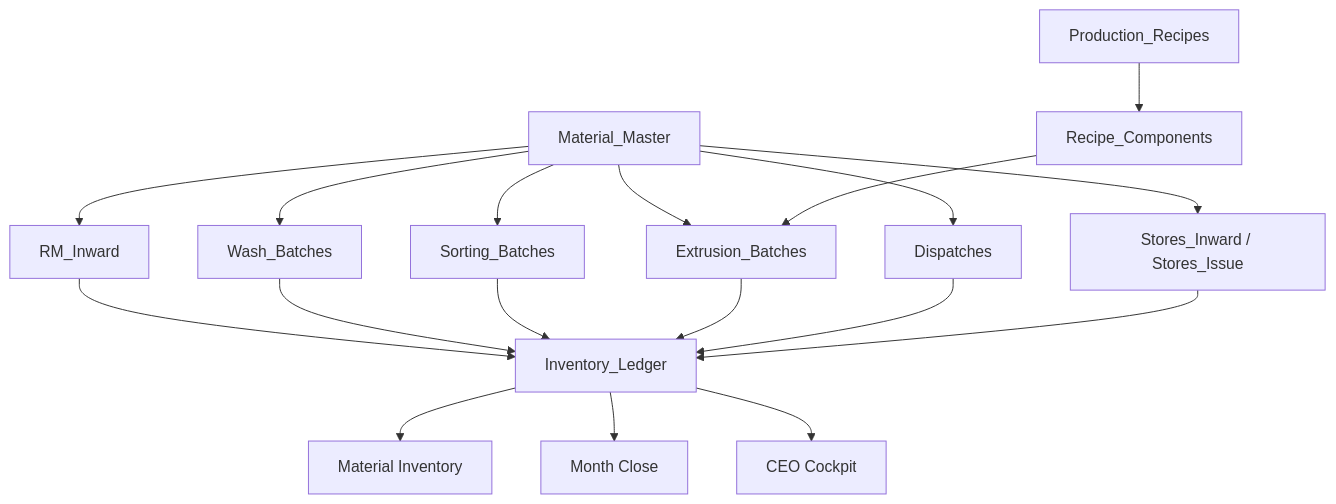
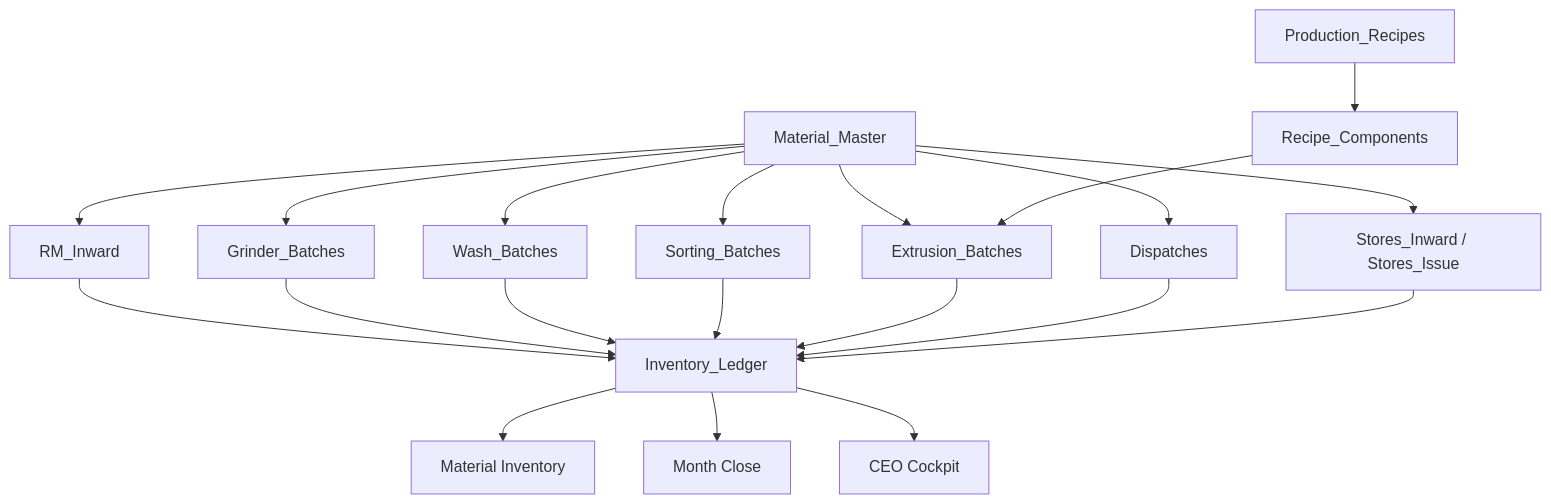
One commit to pratap-wq/regen-os changed the diagram in docs/ARCHITECTURE_V1.md. Above: the diagram before and after it, drawn with Mermaid. The commit also changed other lines of this file and 8 other files, not shown here.

````diff
--- a/docs/ARCHITECTURE_V1.md
+++ b/docs/ARCHITECTURE_V1.md
@@ -204,20 +204,22 @@
 ```mermaid
 flowchart TD
   MM["Material_Master"] --> RM["RM_Inward"]
+  MM --> Grinder["Grinder_Batches"]
   MM --> Wash["Wash_Batches"]
   MM --> Sort["Sorting_Batches"]
   MM --> Ext["Extrusion_Batches"]
   MM --> Disp["Dispatches"]
   MM --> Stores["Stores_Inward / Stores_Issue"]
   Recipe["Production_Recipes"] --> Components["Recipe_Components"]
   Components --> Ext
   RM --> Ledger["Inventory_Ledger"]
+  Grinder --> Ledger
   Wash --> Ledger
   Sort --> Ledger
   Ext --> Ledger
   Disp --> Ledger
   Stores --> Ledger
   Ledger --> Inventory["Material Inventory"]
   Ledger --> MonthClose["Month Close"]
   Ledger --> Cockpit["CEO Cockpit"]
 ```
````
